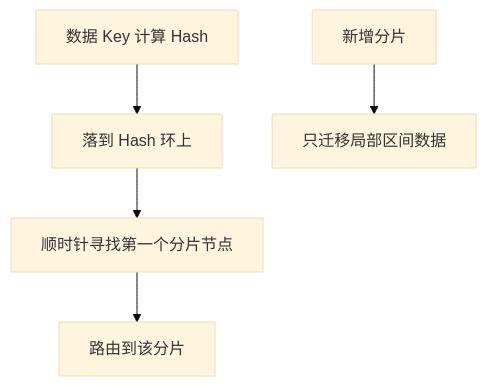
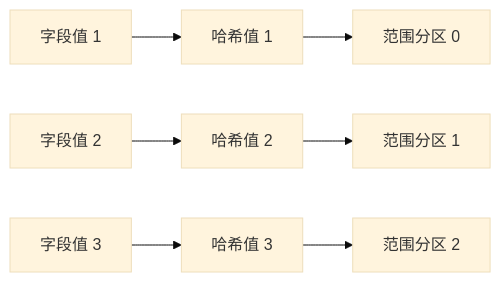
One commit to crashingby/homepage changed diagram 19 of 40 in src/content/blog/Software-Construction/Chap09.md. Above: the diagram before and after it, drawn with Mermaid (base theme). The commit also changed other lines of this file and 6 other files, not shown here.

````diff
--- a/src/content/blog/Software-Construction/Chap09.md
+++ b/src/content/blog/Software-Construction/Chap09.md
@@ -492,7 +607,9 @@
 ```mermaid
-flowchart TD
-  A["数据 Key 计算 Hash"] --> B["落到 Hash 环上"]
-  B --> C["顺时针寻找第一个分片节点"]
-  C --> D["路由到该分片"]
-  E["新增分片"] --> F["只迁移局部区间数据"]
+flowchart LR
+  F1["字段值 1"] --> H1["哈希值 1"]
+  F2["字段值 2"] --> H2["哈希值 2"]
+  F3["字段值 3"] --> H3["哈希值 3"]
+  H1 --> R0["范围分区 0"]
+  H2 --> R1["范围分区 1"]
+  H3 --> R2["范围分区 2"]
 ```
````
